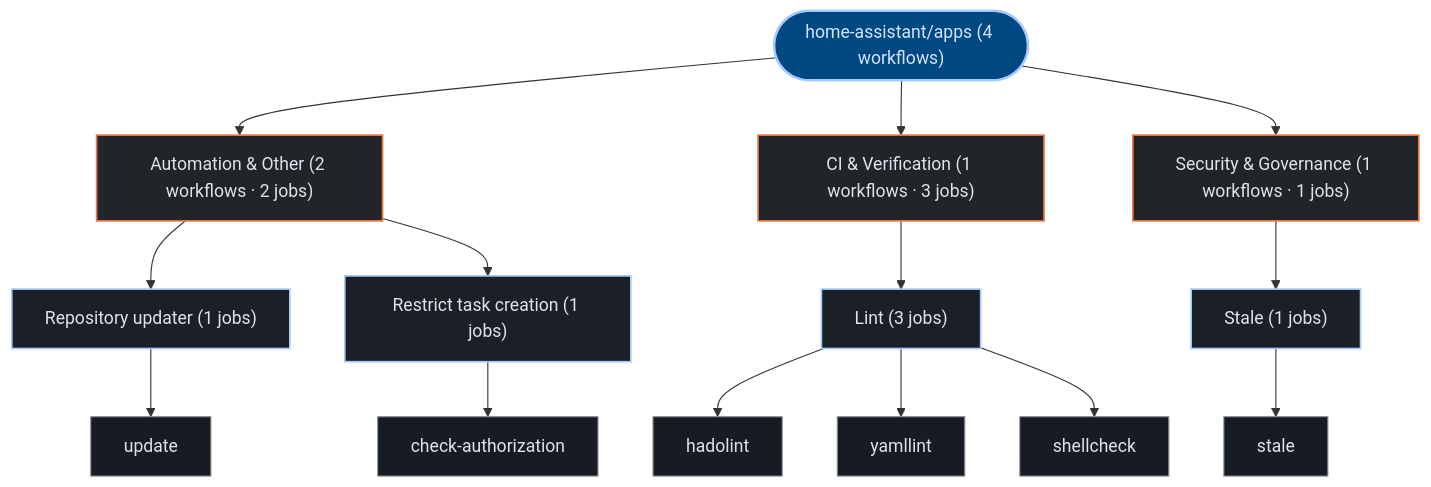
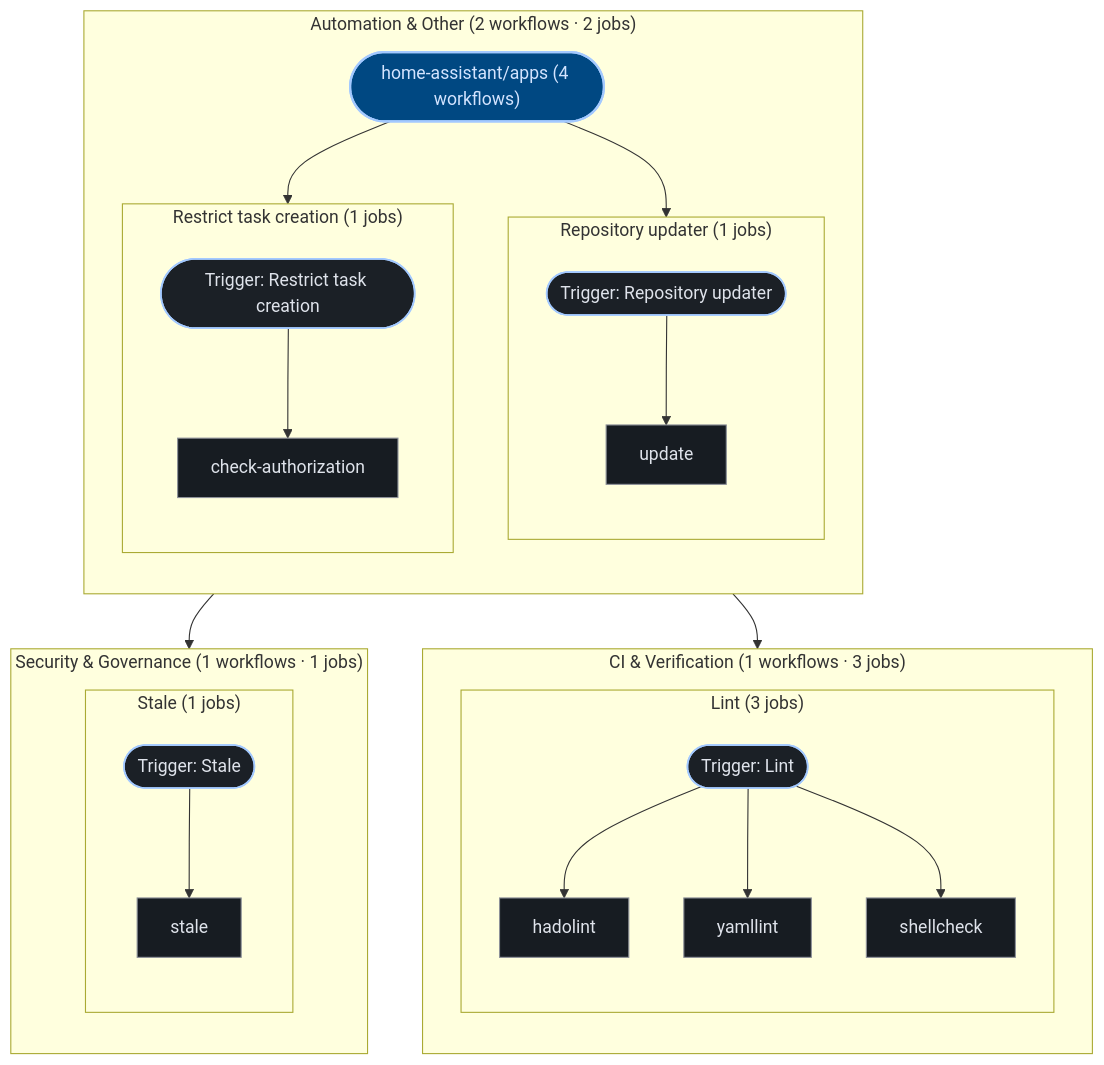
Before and after one commit to kumarshaz/atruss-code-atlas: the third of 3 diagrams in exports/latest/reports/home-assistant-apps-report.md, drawn with Mermaid. The commit also changed 181 other files, not shown here.

````diff
--- a/exports/latest/reports/home-assistant-apps-report.md
+++ b/exports/latest/reports/home-assistant-apps-report.md
@@ -126,37 +126,52 @@
 ```mermaid
 graph TD;
   classDef atlasRoot fill:#004882,stroke:#a3c9ff,stroke-width:2px,color:#d3e4ff
   classDef atlasCategory fill:#212428,stroke:#E87A48,stroke-width:1.5px,color:#dfe3eb
   classDef atlasWorkflow fill:#1b2026,stroke:#a3c9ff,stroke-width:1.5px,color:#dfe3eb
   classDef atlasJob fill:#171c22,stroke:#8d9199,stroke-width:1px,color:#dfe3eb
   classDef atlasTarget fill:#005227,stroke:#8bd99b,stroke-width:1.5px,color:#a7f6b6
   classDef atlasAlert fill:#93000a,stroke:#ffb4ab,stroke-width:1.5px,color:#ffdad6
   classDef atlasMore fill:#252a31,stroke:#8d9199,stroke-dasharray:4 4,color:#c3c6cf
   pipeline_root(["home-assistant/apps (4 workflows)"]):::atlasRoot
-  grp_0_Automation___Other["Automation & Other (2 workflows · 2 jobs)"]:::atlasCategory
-  pipeline_root --> grp_0_Automation___Other
-  wf_1_Repository_updater["Repository updater (1 jobs)"]:::atlasWorkflow
-  grp_0_Automation___Other --> wf_1_Repository_updater
-  job_1_update["update"]:::atlasJob
-  wf_1_Repository_updater --> job_1_update
-  wf_2_Restrict_task_creation["Restrict task creation (1 jobs)"]:::atlasWorkflow
-  grp_0_Automation___Other --> wf_2_Restrict_task_creation
-  job_2_check_authorization["check-authorization"]:::atlasJob
-  wf_2_Restrict_task_creation --> job_2_check_authorization
-  grp_1_CI___Verification["CI & Verification (1 workflows · 3 jobs)"]:::atlasCategory
-  pipeline_root --> grp_1_CI___Verification
-  wf_0_Lint["Lint (3 jobs)"]:::atlasWorkflow
-  grp_1_CI___Verification --> wf_0_Lint
-  job_0_hadolint["hadolint"]:::atlasJob
-  job_0_yamllint["yamllint"]:::atlasJob
-  job_0_shellcheck["shellcheck"]:::atlasJob
-  wf_0_Lint --> job_0_hadolint
-  wf_0_Lint --> job_0_yamllint
-  wf_0_Lint --> job_0_shellcheck
-  grp_2_Security___Governance["Security & Governance (1 workflows · 1 jobs)"]:::atlasCategory
-  pipeline_root --> grp_2_Security___Governance
-  wf_3_Stale["Stale (1 jobs)"]:::atlasWorkflow
-  grp_2_Security___Governance --> wf_3_Stale
-  job_3_stale["stale"]:::atlasJob
-  wf_3_Stale --> job_3_stale
+  subgraph sg_grp_0_Automation___Other["Automation & Other (2 workflows · 2 jobs)"]
+    direction TB
+    subgraph sg_wf_1_Repository_updater["Repository updater (1 jobs)"]
+      direction TB
+      wf_1_Repository_updater(["Trigger: Repository updater"]):::atlasWorkflow
+      job_1_update["update"]:::atlasJob
+      wf_1_Repository_updater --> job_1_update
+    end
+    pipeline_root --> wf_1_Repository_updater
+    subgraph sg_wf_2_Restrict_task_creation["Restrict task creation (1 jobs)"]
+      direction TB
+      wf_2_Restrict_task_creation(["Trigger: Restrict task creation"]):::atlasWorkflow
+      job_2_check_authorization["check-authorization"]:::atlasJob
+      wf_2_Restrict_task_creation --> job_2_check_authorization
+    end
+    pipeline_root --> wf_2_Restrict_task_creation
+  end
+  subgraph sg_grp_1_CI___Verification["CI & Verification (1 workflows · 3 jobs)"]
+    direction TB
+    subgraph sg_wf_0_Lint["Lint (3 jobs)"]
+      direction TB
+      wf_0_Lint(["Trigger: Lint"]):::atlasWorkflow
+      job_0_hadolint["hadolint"]:::atlasJob
+      job_0_yamllint["yamllint"]:::atlasJob
+      job_0_shellcheck["shellcheck"]:::atlasJob
+      wf_0_Lint --> job_0_hadolint
+      wf_0_Lint --> job_0_yamllint
+      wf_0_Lint --> job_0_shellcheck
+    end
+    pipeline_root --> wf_0_Lint
+  end
+  subgraph sg_grp_2_Security___Governance["Security & Governance (1 workflows · 1 jobs)"]
+    direction TB
+    subgraph sg_wf_3_Stale["Stale (1 jobs)"]
+      direction TB
+      wf_3_Stale(["Trigger: Stale"]):::atlasWorkflow
+      job_3_stale["stale"]:::atlasJob
+      wf_3_Stale --> job_3_stale
+    end
+    pipeline_root --> wf_3_Stale
+  end
 ```
````
